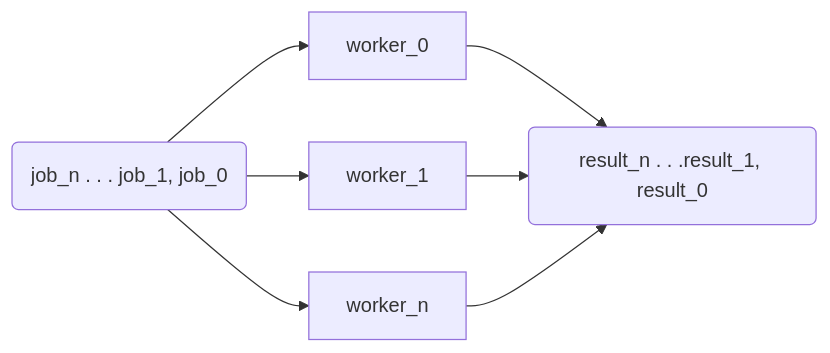
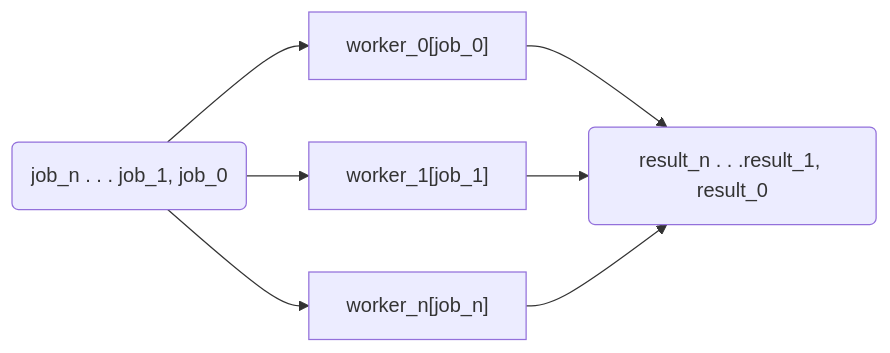
One commit to esdatalabs/workforce changed the diagram in README.md. Above: the diagram before and after it, drawn with Mermaid.

Commit message:
updating for clarity

````diff
--- a/README.md
+++ b/README.md
@@ -8,11 +8,11 @@
 ```mermaid
 flowchart LR
     D(job_n . . . job_1, job_0 )
-    D --> B[worker_0]
-    D --> C[worker_1]
-    D --> E[worker_n]
+    D --> B["worker_0[job_0]"]
+    D --> C["worker_1[job_1]"]
+    D --> E["worker_n[job_n]"]
     F(result_n . . .result_1, result_0)
     B --> F
     C --> F
     E --> F
 ```
````
